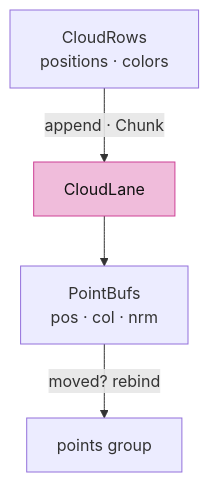
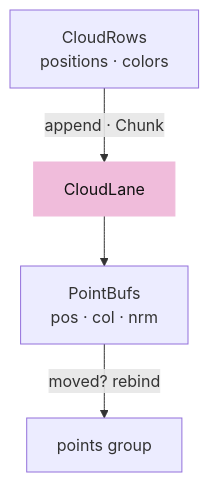
The second of 6 diagrams in session_viewer/docs/04d-clouds.md (petrasvestartas/session), drawn with Mermaid before and after one commit. The commit also changed other lines of this file and 324 other files, not shown here.

````diff
--- a/session_viewer/docs/04d-clouds.md
+++ b/session_viewer/docs/04d-clouds.md
@@ -46,7 +46,7 @@
 ```mermaid
 flowchart TB
     CR["CloudRows<br/>positions · colors"] -- "append · Chunk" --> CL["CloudLane"]
     CL --> PB["PointBufs<br/>pos · col · nrm"]
     PB -- "moved? rebind" --> BG["points group"]
-    style CL fill:#f0bcdb,stroke:#ce4095,color:#111
+    style CL fill:#f0bcdb,stroke:#f0bcdb,color:#111
 ```
````
